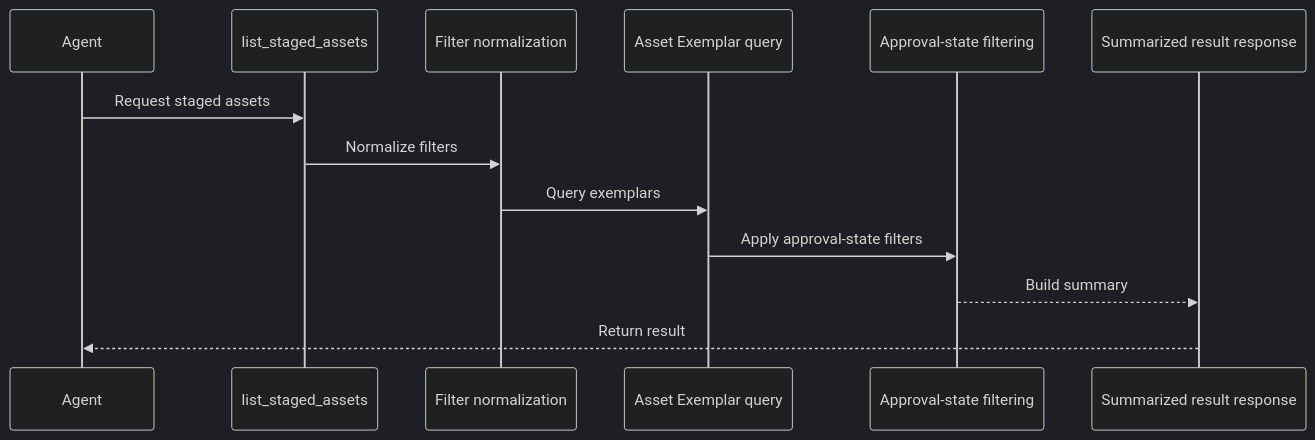
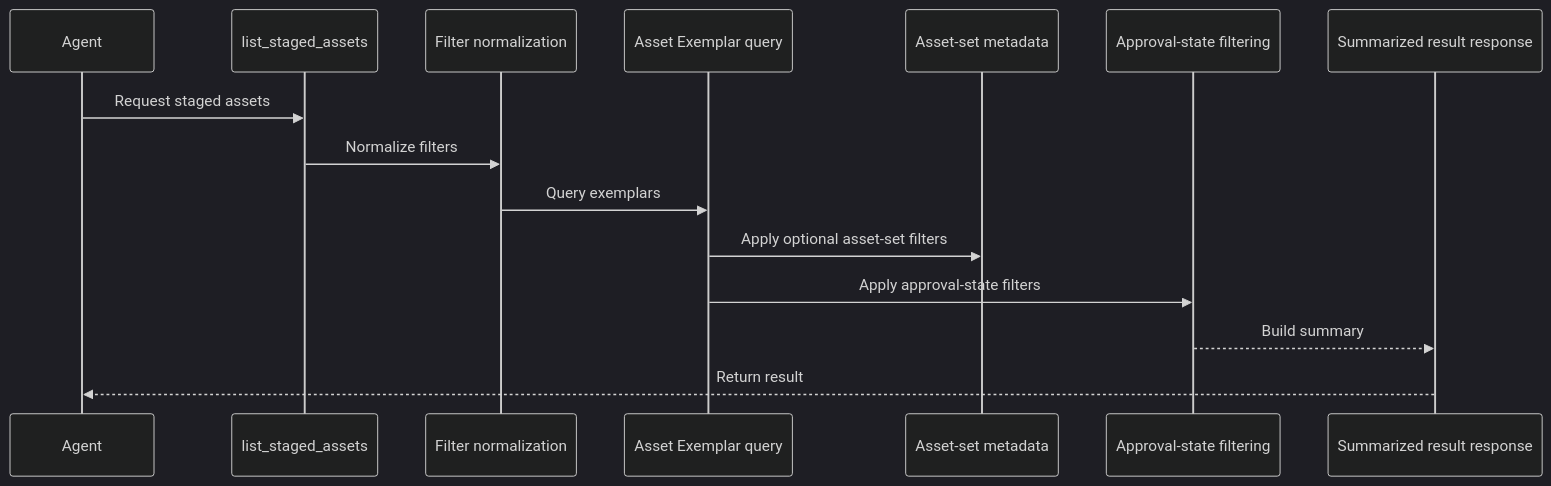
One commit to SidhNor/sketchup-mcp-server changed the first of 4 diagrams in specifications/hlds/hld-asset-exemplar-reuse.md. Above: the diagram before and after it, drawn with Mermaid (dark theme). The commit also changed other lines of this file and 10 other files, not shown here.

````diff
--- a/specifications/hlds/hld-asset-exemplar-reuse.md
+++ b/specifications/hlds/hld-asset-exemplar-reuse.md
@@ -112,16 +129,18 @@
 ```mermaid
 sequenceDiagram
   participant Agent
   participant Tool as list_staged_assets
   participant Filter as Filter normalization
   participant Query as Asset Exemplar query
+  participant AssetSet as Asset-set metadata
   participant Approval as Approval-state filtering
   participant Response as Summarized result response
 
   Agent->>Tool: Request staged assets
   Tool->>Filter: Normalize filters
   Filter->>Query: Query exemplars
+  Query->>AssetSet: Apply optional asset-set filters
   Query->>Approval: Apply approval-state filters
   Approval-->>Response: Build summary
   Response-->>Agent: Return result
 ```
````
